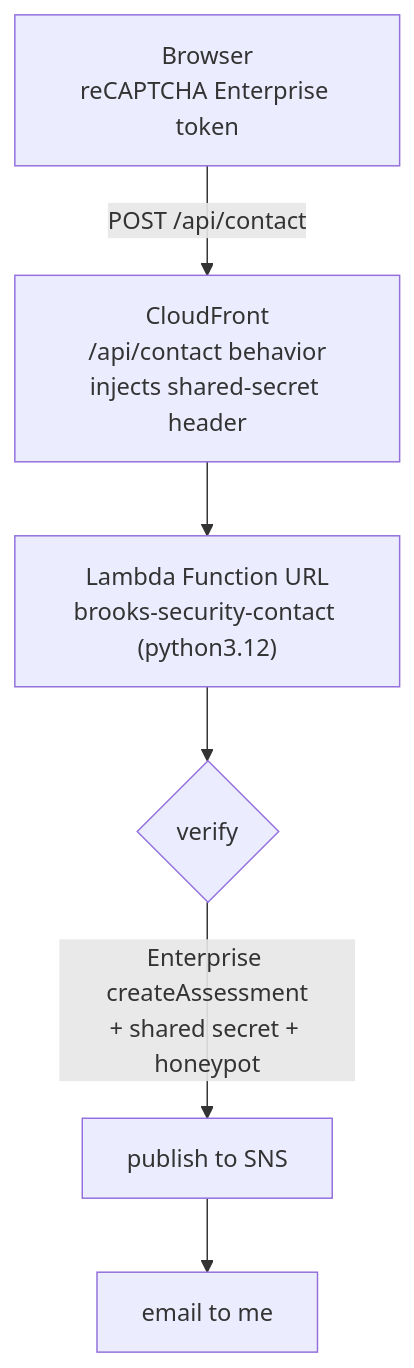
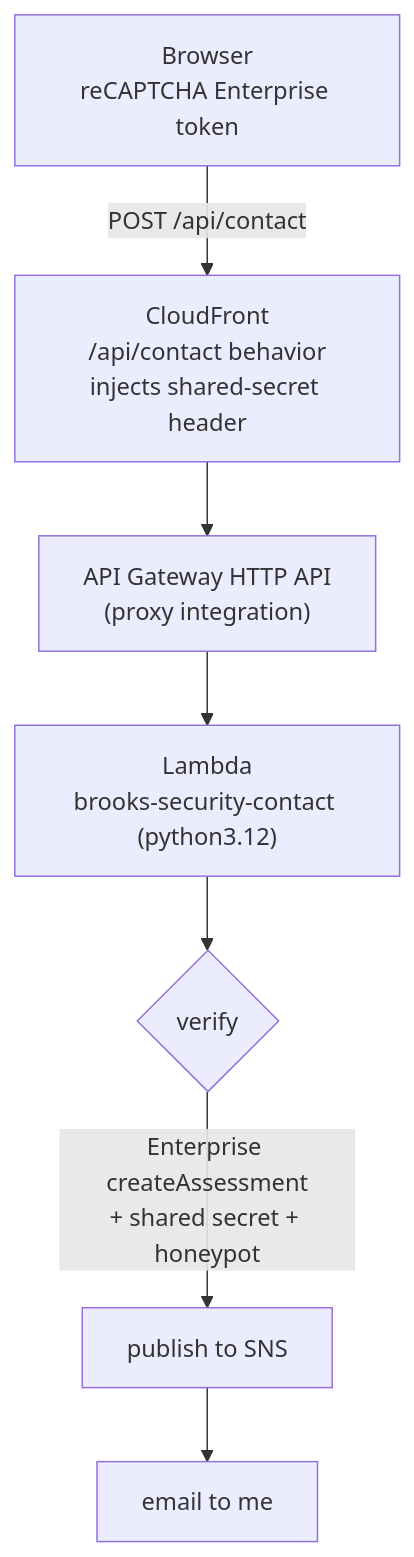
One commit to brooks-security-com/brooks-security.com changed the fourth of 4 diagrams in hugo/content/docs/Portfolio/GitOps.md. Above: the diagram before and after it, drawn with Mermaid. The commit also changed other lines of this file, not shown here.

First line of the commit message:
docs(portfolio): update GitOps page for API Gateway contact form; drop homelab

````diff
--- a/hugo/content/docs/Portfolio/GitOps.md
+++ b/hugo/content/docs/Portfolio/GitOps.md
@@ -102,8 +102,9 @@
 ```mermaid
 flowchart TD
     B["Browser<br/>reCAPTCHA Enterprise token"] -->|"POST /api/contact"| CF["CloudFront<br/>/api/contact behavior<br/>injects shared-secret header"]
-    CF --> FU["Lambda Function URL<br/>brooks-security-contact (python3.12)"]
-    FU --> V{"verify"}
+    CF --> AG["API Gateway HTTP API<br/>(proxy integration)"]
+    AG --> L["Lambda<br/>brooks-security-contact (python3.12)"]
+    L --> V{"verify"}
     V -->|"Enterprise createAssessment<br/>+ shared secret + honeypot"| OK["publish to SNS"]
     OK --> EM["email to me"]
 ```
````
